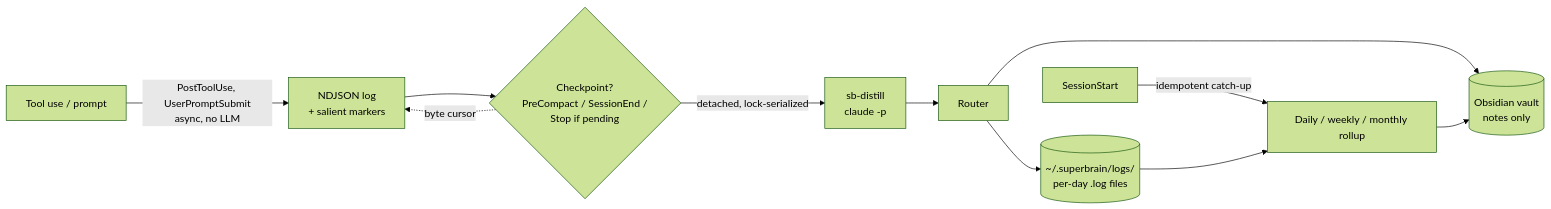
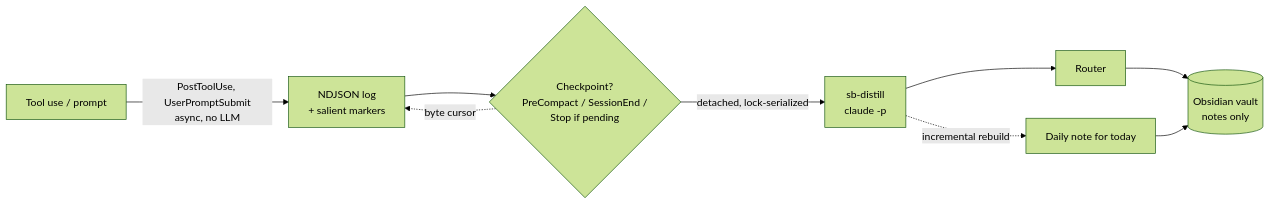
The diagram in README.md (m3talux/superbrain), drawn with Mermaid (forest theme) before and after one commit. The commit also changed other lines of this file and 29 other files, not shown here.

First line of the commit message:
fix: remove redundant daily-rollup synthesizer (#41)

````diff
--- a/README.md
+++ b/README.md
@@ -68,13 +68,11 @@
 ```mermaid
 flowchart LR
   A[Tool use / prompt] -->|PostToolUse, UserPromptSubmit<br/>async, no LLM| B[NDJSON log<br/>+ salient markers]
   B --> C{Checkpoint?<br/>PreCompact / SessionEnd /<br/>Stop if pending}
   C -->|detached, lock-serialized| D[sb-distill<br/>claude -p]
   D --> E[Router]
   E --> F[(Obsidian vault<br/>notes only)]
-  E --> L[(~/.superbrain/logs/<br/>per-day .log files)]
+  D -.->|incremental rebuild| I[Daily note for today]
+  I --> F
   C -.->|byte cursor| B
-  G[SessionStart] -->|idempotent catch-up| H[Daily / weekly / monthly rollup]
-  H --> F
-  L --> H
 ```
````
